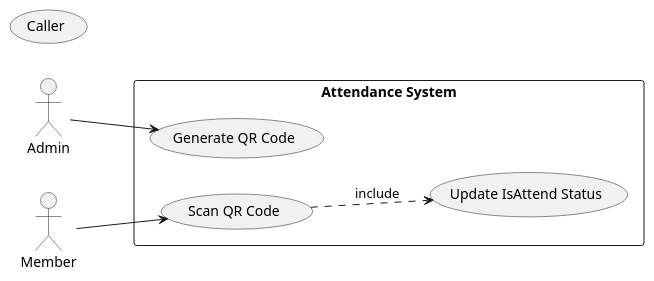
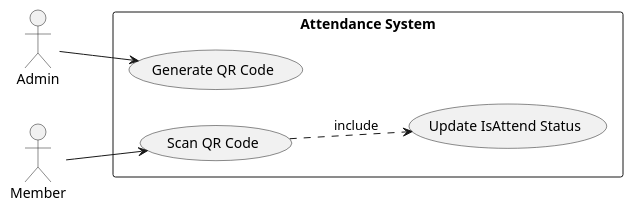
The diagram in UseCase/Release05/AttendanceSubSystem.wsd (fwidjaya20/fazzlearning-uml), drawn with PlantUML before and after one commit.

Commit message:
usecase: removing invalid actor

```diff
--- a/UseCase/Release05/AttendanceSubSystem.wsd
+++ b/UseCase/Release05/AttendanceSubSystem.wsd
@@ -1,20 +1,19 @@
 @startuml AttendanceSubSystem
 
 left to right direction
 
 skinparam Monochrome true
 skinparam Shadowing false
 skinparam packageStyle rectangle
 
 actor Admin
 actor Member
-actor (Caller)
 
 rectangle "Attendance System" {
     Admin --> (Generate QR Code)
     Member --> (Scan QR Code)
 
     (Scan QR Code) ..> (Update IsAttend Status) : include
 }
 
 @enduml
```
